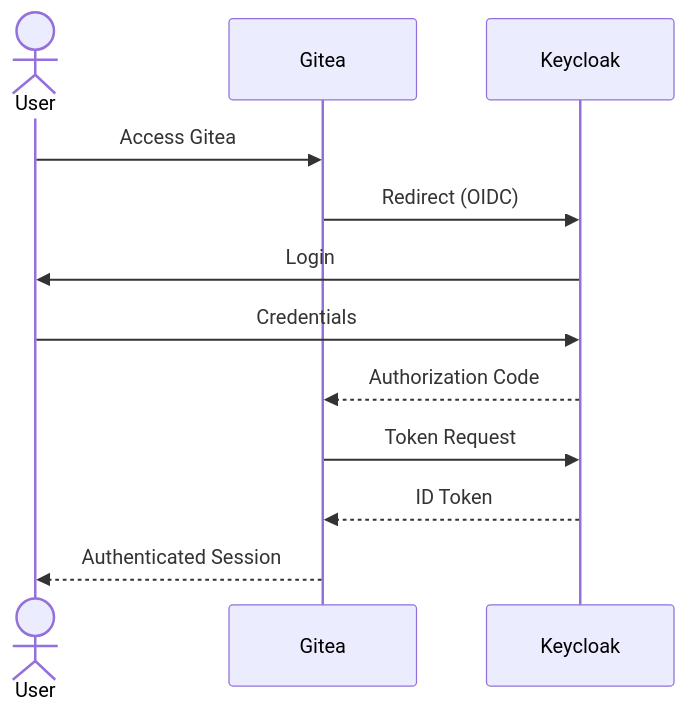
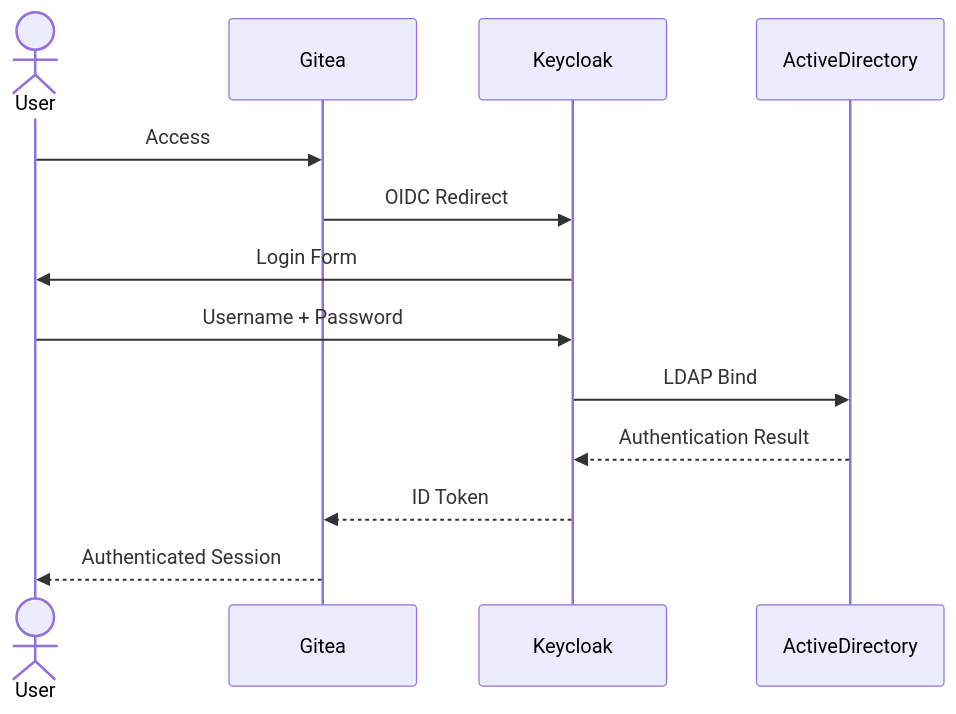
Before and after one commit to cristianlepore/IAM_Labs: the sixth of 8 diagrams in README.md, drawn with Mermaid. The commit also changed other lines of this file and 10 other files, not shown here.

Commit message:
Architecture 2 complete

````diff
--- a/README.md
+++ b/README.md
@@ -354,25 +422,27 @@
 ```mermaid
 sequenceDiagram
 
-    actor User
+actor User
 
-    participant Gitea
+participant Gitea
 
-    participant Keycloak
+participant Keycloak
 
-    User->>Gitea: Access Gitea
+participant ActiveDirectory
 
-    Gitea->>Keycloak: Redirect (OIDC)
+User->>Gitea: Access
 
-    Keycloak->>User: Login
+Gitea->>Keycloak: OIDC Redirect
 
-    User->>Keycloak: Credentials
+Keycloak->>User: Login Form
 
-    Keycloak-->>Gitea: Authorization Code
+User->>Keycloak: Username + Password
 
-    Gitea->>Keycloak: Token Request
+Keycloak->>ActiveDirectory: LDAP Bind
 
-    Keycloak-->>Gitea: ID Token
+ActiveDirectory-->>Keycloak: Authentication Result
 
-    Gitea-->>User: Authenticated Session
+Keycloak-->>Gitea: ID Token
+
+Gitea-->>User: Authenticated Session
 ```
````
